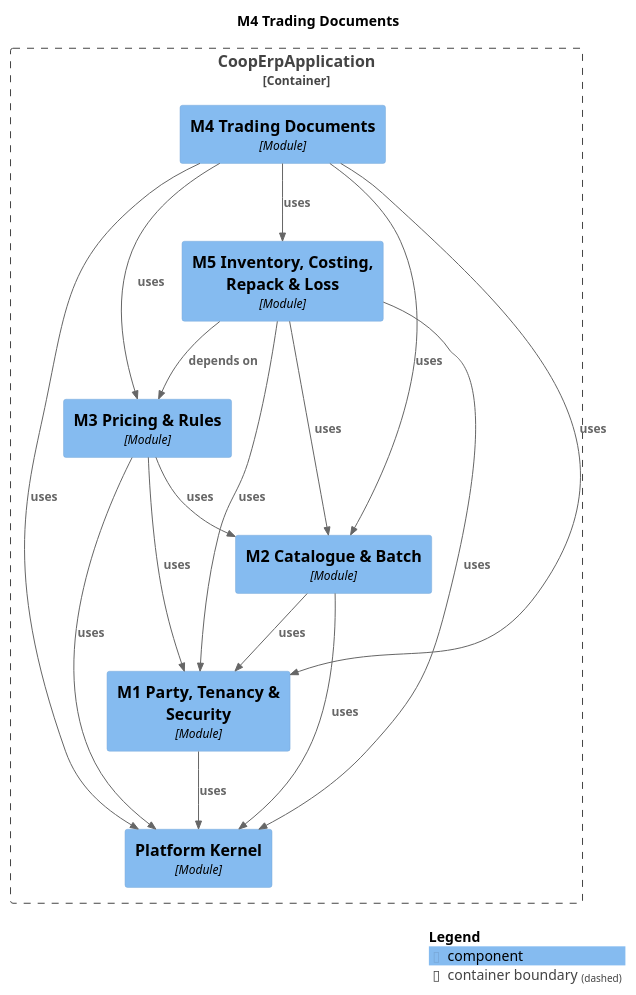
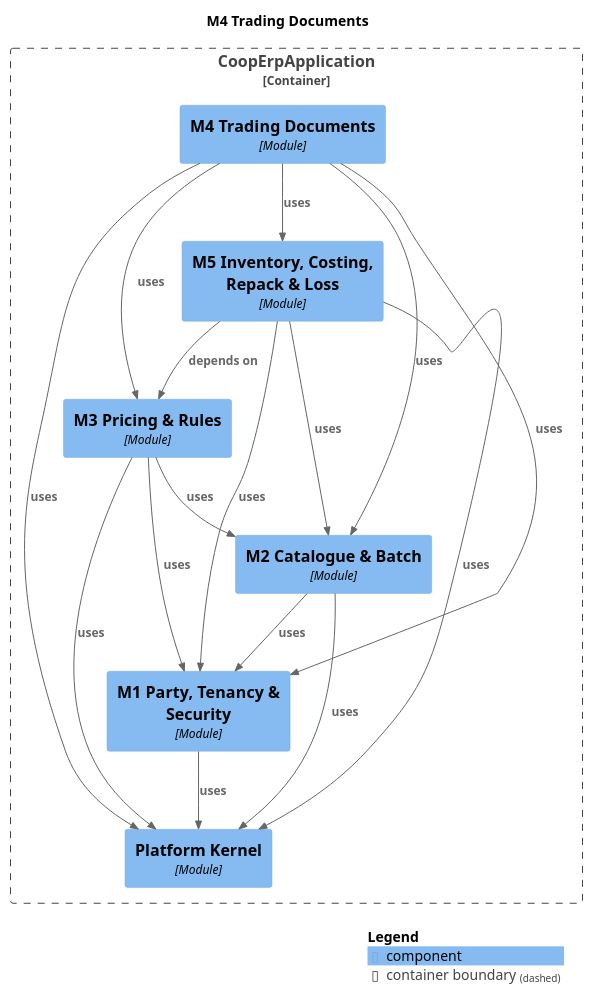
Before and after one commit to Knoweb/COOP_ERP: the diagram in docs/modules/module-m4trading.puml, drawn with PlantUML. The commit also changed other lines of this file and 12 other files, not shown here.

```diff
--- a/docs/modules/module-m4trading.puml
+++ b/docs/modules/module-m4trading.puml
@@ -1,37 +1,37 @@
 @startuml
 set separator none
 title M4 Trading Documents
 
 top to bottom direction
 
 !include <C4/C4>
 !include <C4/C4_Context>
 !include <C4/C4_Component>
 
 Container_Boundary("CoopErpApplication.CoopErpApplication_boundary", "CoopErpApplication", $tags="") {
   Component(CoopErpApplication.CoopErpApplication.M5InventoryCostingRepackLoss, "M5 Inventory, Costing, Repack & Loss", $techn="Module", $descr="", $tags="", $link="")
   Component(CoopErpApplication.CoopErpApplication.M4TradingDocuments, "M4 Trading Documents", $techn="Module", $descr="", $tags="", $link="")
   Component(CoopErpApplication.CoopErpApplication.PlatformKernel, "Platform Kernel", $techn="Module", $descr="", $tags="", $link="")
   Component(CoopErpApplication.CoopErpApplication.M1PartyTenancySecurity, "M1 Party, Tenancy & Security", $techn="Module", $descr="", $tags="", $link="")
   Component(CoopErpApplication.CoopErpApplication.M2CatalogueBatch, "M2 Catalogue & Batch", $techn="Module", $descr="", $tags="", $link="")
   Component(CoopErpApplication.CoopErpApplication.M3PricingRules, "M3 Pricing & Rules", $techn="Module", $descr="", $tags="", $link="")
 }
 
-Rel(CoopErpApplication.CoopErpApplication.M1PartyTenancySecurity, CoopErpApplication.CoopErpApplication.PlatformKernel, "uses", $techn="", $tags="", $link="")
+Rel(CoopErpApplication.CoopErpApplication.M2CatalogueBatch, CoopErpApplication.CoopErpApplication.PlatformKernel, "uses", $techn="", $tags="", $link="")
 Rel(CoopErpApplication.CoopErpApplication.M2CatalogueBatch, CoopErpApplication.CoopErpApplication.M1PartyTenancySecurity, "uses", $techn="", $tags="", $link="")
-Rel(CoopErpApplication.CoopErpApplication.M2CatalogueBatch, CoopErpApplication.CoopErpApplication.PlatformKernel, "uses", $techn="", $tags="", $link="")
-Rel(CoopErpApplication.CoopErpApplication.M3PricingRules, CoopErpApplication.CoopErpApplication.M1PartyTenancySecurity, "uses", $techn="", $tags="", $link="")
-Rel(CoopErpApplication.CoopErpApplication.M3PricingRules, CoopErpApplication.CoopErpApplication.M2CatalogueBatch, "uses", $techn="", $tags="", $link="")
-Rel(CoopErpApplication.CoopErpApplication.M3PricingRules, CoopErpApplication.CoopErpApplication.PlatformKernel, "uses", $techn="", $tags="", $link="")
+Rel(CoopErpApplication.CoopErpApplication.M5InventoryCostingRepackLoss, CoopErpApplication.CoopErpApplication.M3PricingRules, "depends on", $techn="", $tags="", $link="")
+Rel(CoopErpApplication.CoopErpApplication.M5InventoryCostingRepackLoss, CoopErpApplication.CoopErpApplication.M2CatalogueBatch, "uses", $techn="", $tags="", $link="")
+Rel(CoopErpApplication.CoopErpApplication.M5InventoryCostingRepackLoss, CoopErpApplication.CoopErpApplication.M1PartyTenancySecurity, "uses", $techn="", $tags="", $link="")
+Rel(CoopErpApplication.CoopErpApplication.M5InventoryCostingRepackLoss, CoopErpApplication.CoopErpApplication.PlatformKernel, "uses", $techn="", $tags="", $link="")
+Rel(CoopErpApplication.CoopErpApplication.M4TradingDocuments, CoopErpApplication.CoopErpApplication.PlatformKernel, "uses", $techn="", $tags="", $link="")
 Rel(CoopErpApplication.CoopErpApplication.M4TradingDocuments, CoopErpApplication.CoopErpApplication.M1PartyTenancySecurity, "uses", $techn="", $tags="", $link="")
 Rel(CoopErpApplication.CoopErpApplication.M4TradingDocuments, CoopErpApplication.CoopErpApplication.M2CatalogueBatch, "uses", $techn="", $tags="", $link="")
 Rel(CoopErpApplication.CoopErpApplication.M4TradingDocuments, CoopErpApplication.CoopErpApplication.M3PricingRules, "uses", $techn="", $tags="", $link="")
 Rel(CoopErpApplication.CoopErpApplication.M4TradingDocuments, CoopErpApplication.CoopErpApplication.M5InventoryCostingRepackLoss, "uses", $techn="", $tags="", $link="")
-Rel(CoopErpApplication.CoopErpApplication.M4TradingDocuments, CoopErpApplication.CoopErpApplication.PlatformKernel, "uses", $techn="", $tags="", $link="")
-Rel(CoopErpApplication.CoopErpApplication.M5InventoryCostingRepackLoss, CoopErpApplication.CoopErpApplication.M1PartyTenancySecurity, "uses", $techn="", $tags="", $link="")
-Rel(CoopErpApplication.CoopErpApplication.M5InventoryCostingRepackLoss, CoopErpApplication.CoopErpApplication.M2CatalogueBatch, "uses", $techn="", $tags="", $link="")
-Rel(CoopErpApplication.CoopErpApplication.M5InventoryCostingRepackLoss, CoopErpApplication.CoopErpApplication.M3PricingRules, "depends on", $techn="", $tags="", $link="")
-Rel(CoopErpApplication.CoopErpApplication.M5InventoryCostingRepackLoss, CoopErpApplication.CoopErpApplication.PlatformKernel, "uses", $techn="", $tags="", $link="")
+Rel(CoopErpApplication.CoopErpApplication.M1PartyTenancySecurity, CoopErpApplication.CoopErpApplication.PlatformKernel, "uses", $techn="", $tags="", $link="")
+Rel(CoopErpApplication.CoopErpApplication.M3PricingRules, CoopErpApplication.CoopErpApplication.M2CatalogueBatch, "uses", $techn="", $tags="", $link="")
+Rel(CoopErpApplication.CoopErpApplication.M3PricingRules, CoopErpApplication.CoopErpApplication.PlatformKernel, "uses", $techn="", $tags="", $link="")
+Rel(CoopErpApplication.CoopErpApplication.M3PricingRules, CoopErpApplication.CoopErpApplication.M1PartyTenancySecurity, "uses", $techn="", $tags="", $link="")
 
 SHOW_LEGEND(true)
 @enduml
```
